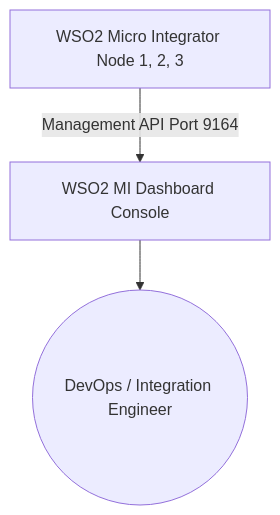
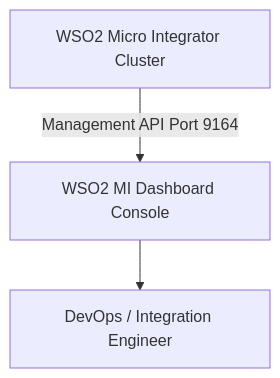
Before and after one commit to jovancamorris/assa-learn-tech: the second of 2 diagrams in materi/wso2/06_deployment_dan_monitoring.md, drawn with Mermaid. The commit also changed other lines of this file and 11 other files, not shown here.

Commit message:
feat: add foundational learning modules for Ballerina and WSO2 Integrator documentation

````diff
--- a/materi/wso2/06_deployment_dan_monitoring.md
+++ b/materi/wso2/06_deployment_dan_monitoring.md
@@ -102,5 +102,5 @@
 ```mermaid
 graph TD
-    MI[WSO2 Micro Integrator Node 1, 2, 3] -->|Management API Port 9164| Dashboard[WSO2 MI Dashboard Console]
-    Dashboard --> Admin((DevOps / Integration Engineer))
+    MI["WSO2 Micro Integrator Cluster"] -->|"Management API Port 9164"| Dashboard["WSO2 MI Dashboard Console"]
+    Dashboard --> Admin["DevOps / Integration Engineer"]
 ```
````
